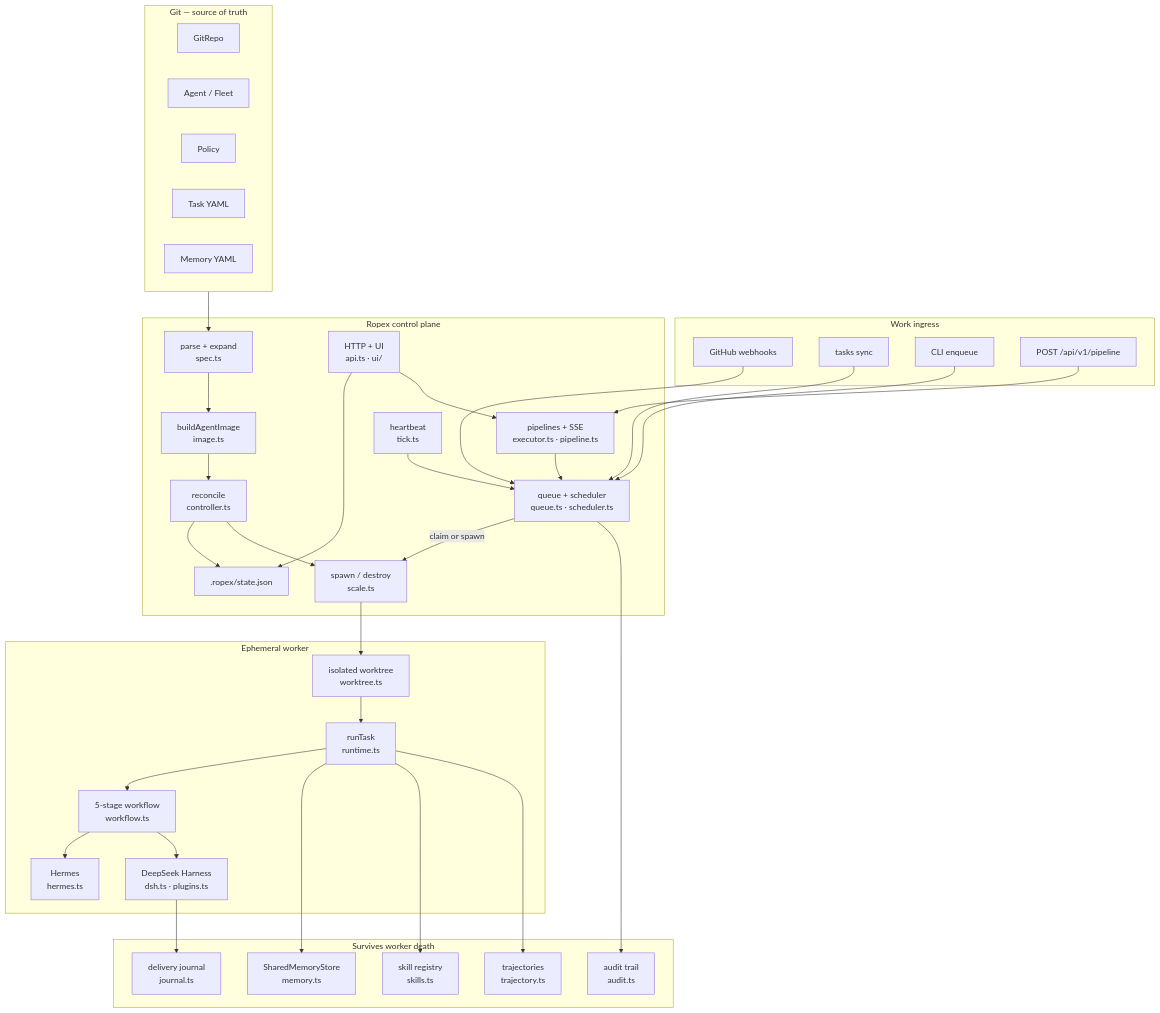
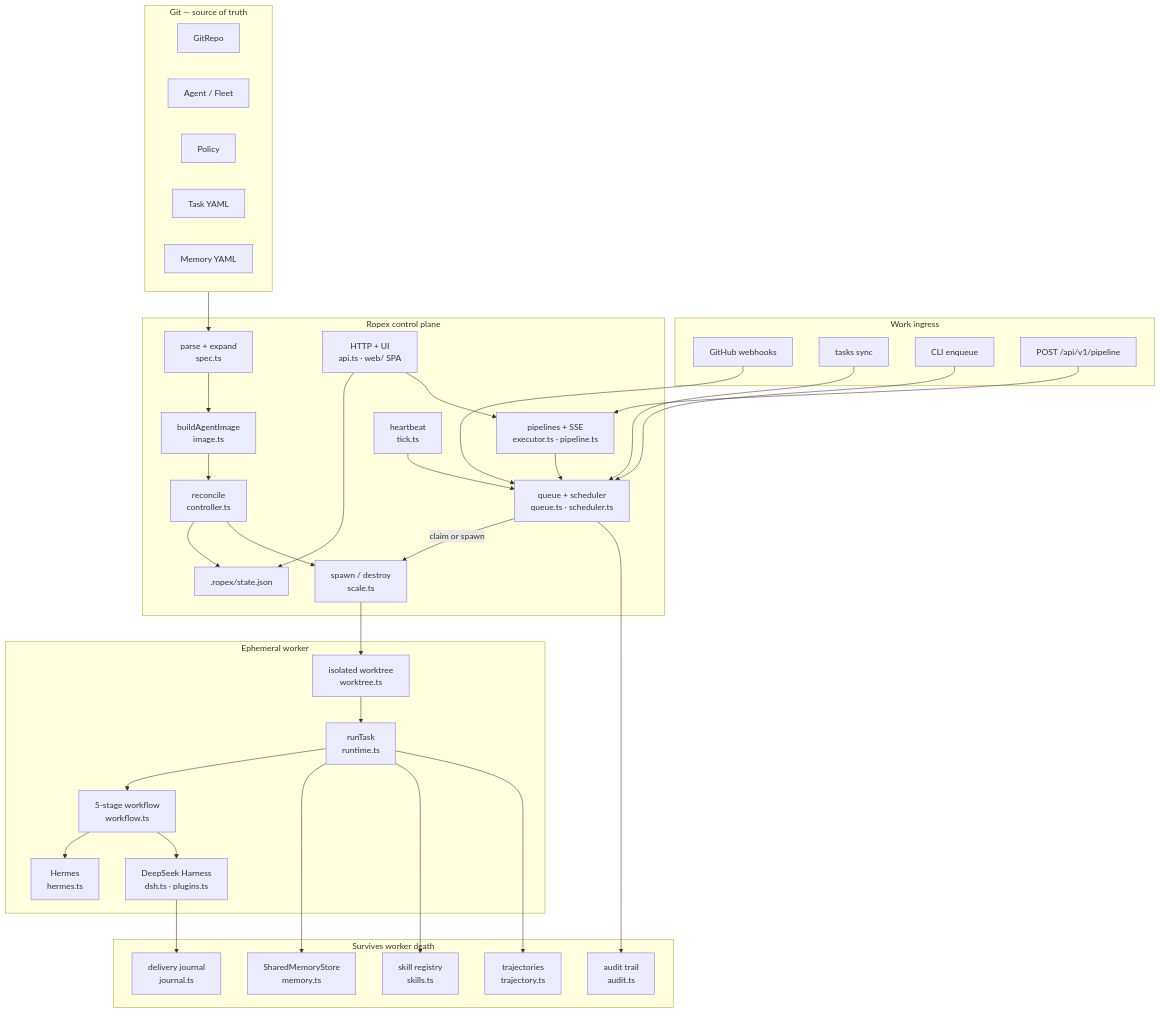
One commit to amirsdream/ropex changed the third of 10 diagrams in docs/system-architecture.md. Above: the diagram before and after it, drawn with Mermaid. The commit also changed other lines of this file and 10 other files, not shown here.

First line of the commit message:
docs: refresh architecture docs, diagrams, and screenshots for the React SPA (#39)

````diff
--- a/docs/system-architecture.md
+++ b/docs/system-architecture.md
@@ -71,64 +71,64 @@
 ```mermaid
 flowchart TB
   subgraph Git["Git — source of truth"]
     GR["GitRepo"]
     AG["Agent / Fleet"]
     PO["Policy"]
     TK["Task YAML"]
     MF["Memory YAML"]
   end
 
   subgraph Ingress["Work ingress"]
     GH["GitHub webhooks"]
     TSK["tasks sync"]
     CLI_IN["CLI enqueue"]
     EXT["POST /api/v1/pipeline"]
   end
 
   subgraph Control["Ropex control plane"]
     PARSE["parse + expand<br/>spec.ts"]
     IMG["buildAgentImage<br/>image.ts"]
     REC["reconcile<br/>controller.ts"]
     Q["queue + scheduler<br/>queue.ts · scheduler.ts"]
     SCALE["spawn / destroy<br/>scale.ts"]
     EXEC["pipelines + SSE<br/>executor.ts · pipeline.ts"]
     TICK["heartbeat<br/>tick.ts"]
-    API["HTTP + UI<br/>api.ts · ui/"]
+    API["HTTP + UI<br/>api.ts · web/ SPA"]
     STATE[".ropex/state.json"]
   end
 
   subgraph Worker["Ephemeral worker"]
     WT["isolated worktree<br/>worktree.ts"]
     RT["runTask<br/>runtime.ts"]
     WF["5-stage workflow<br/>workflow.ts"]
     H["Hermes<br/>hermes.ts"]
     DSH["DeepSeek Harness<br/>dsh.ts · plugins.ts"]
   end
 
   subgraph Durable["Survives worker death"]
     MEMBUS["SharedMemoryStore<br/>memory.ts"]
     SKILLS["skill registry<br/>skills.ts"]
     TRAJ["trajectories<br/>trajectory.ts"]
     JOURNAL["delivery journal<br/>journal.ts"]
     AUDIT["audit trail<br/>audit.ts"]
   end
 
   Git --> PARSE --> IMG --> REC --> STATE
   GH --> Q
   TSK --> Q
   CLI_IN --> Q
   EXT --> EXEC --> Q
   REC --> SCALE
   Q -->|"claim or spawn"| SCALE
   SCALE --> WT --> RT --> WF
   WF --> H
   WF --> DSH
   RT --> MEMBUS
   RT --> SKILLS
   RT --> TRAJ
   DSH --> JOURNAL
   Q --> AUDIT
   TICK --> Q
   API --> STATE
   API --> EXEC
 ```
````
